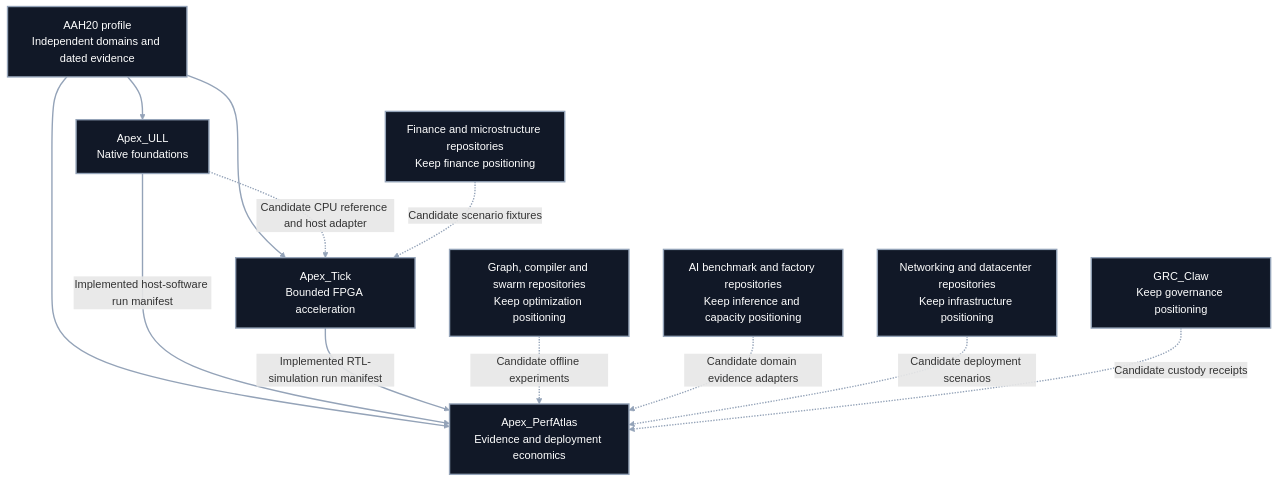
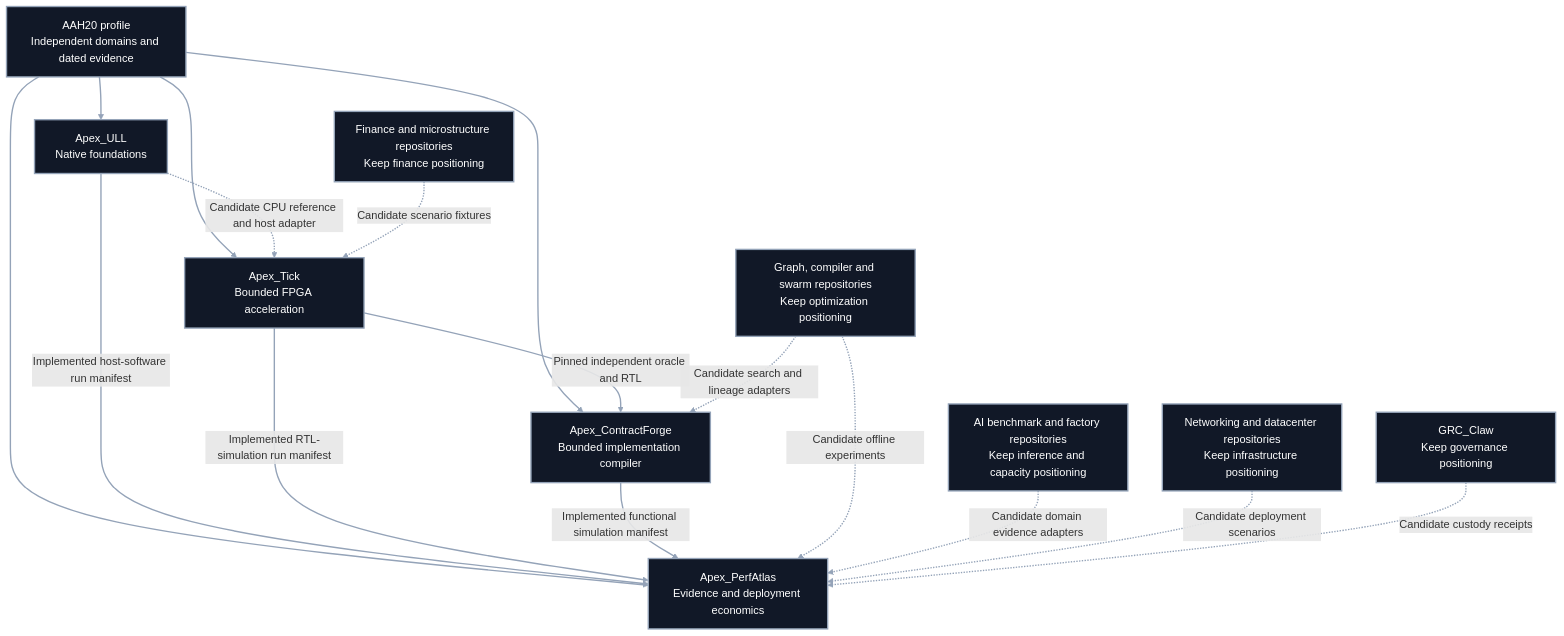
Before and after one commit to AAH20/AAH20: the diagram in assets/profile/apex-ecosystem.mmd, drawn with Mermaid. The commit also changed 20 other files, not shown here.

Commit message:
Connect ContractForge to the Apex portfolio lane

```diff
--- a/assets/profile/apex-ecosystem.mmd
+++ b/assets/profile/apex-ecosystem.mmd
@@ -1,15 +1,19 @@
 flowchart TB
   PROFILE["AAH20 profile<br/>Independent domains and dated evidence"] --> ULL["Apex_ULL<br/>Native foundations"]
   PROFILE --> TICK["Apex_Tick<br/>Bounded FPGA acceleration"]
   PROFILE --> ATLAS["Apex_PerfAtlas<br/>Evidence and deployment economics"]
+  PROFILE --> FORGE["Apex_ContractForge<br/>Bounded implementation compiler"]
   ULL -.->|"Candidate CPU reference and host adapter"| TICK
   ULL -->|"Implemented host-software run manifest"| ATLAS
   TICK -->|"Implemented RTL-simulation run manifest"| ATLAS
+  TICK -->|"Pinned independent oracle and RTL"| FORGE
+  FORGE -->|"Implemented functional simulation manifest"| ATLAS
   FIN["Finance and microstructure repositories<br/>Keep finance positioning"] -.->|"Candidate scenario fixtures"| TICK
   ENG["Graph, compiler and swarm repositories<br/>Keep optimization positioning"] -.->|"Candidate offline experiments"| ATLAS
+  ENG -.->|"Candidate search and lineage adapters"| FORGE
   AI["AI benchmark and factory repositories<br/>Keep inference and capacity positioning"] -.->|"Candidate domain evidence adapters"| ATLAS
   INFRA["Networking and datacenter repositories<br/>Keep infrastructure positioning"] -.->|"Candidate deployment scenarios"| ATLAS
   GRC["GRC_Claw<br/>Keep governance positioning"] -.->|"Candidate custody receipts"| ATLAS
   classDef card fill:#111827,stroke:#94a3b8,color:#ffffff,stroke-width:2px;
-  class PROFILE,ULL,TICK,ATLAS,FIN,ENG,AI,INFRA,GRC card;
+  class PROFILE,ULL,TICK,ATLAS,FORGE,FIN,ENG,AI,INFRA,GRC card;
   linkStyle default stroke:#94a3b8,stroke-width:2px;
```
